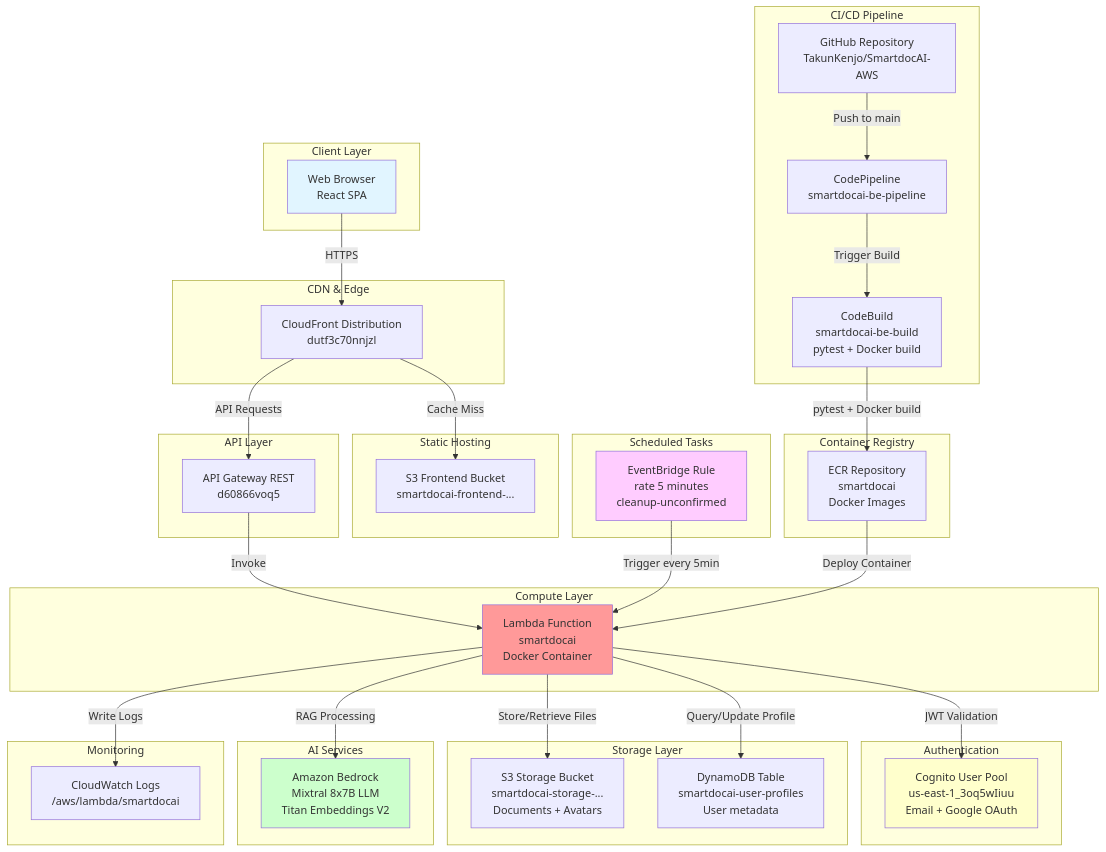
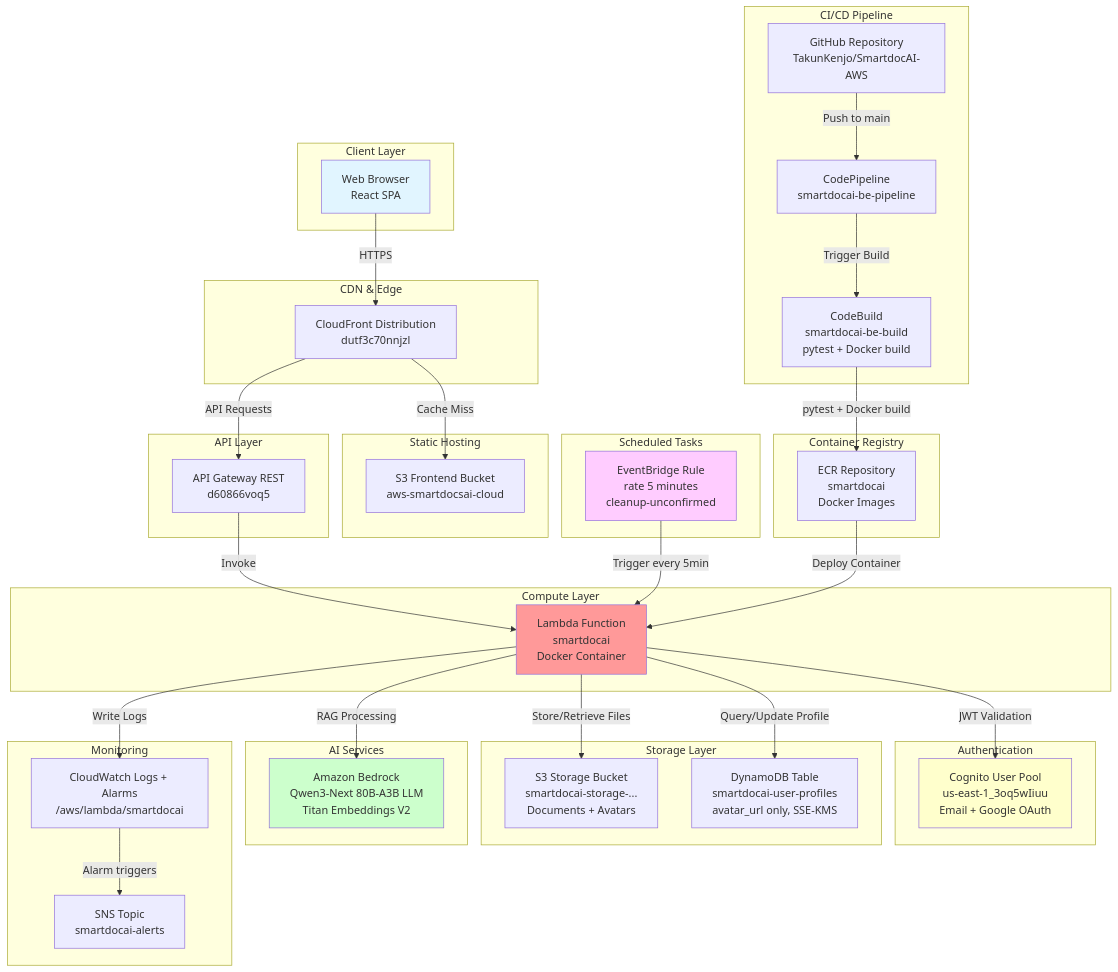
The first of 10 diagrams in MERMAID_DIAGRAMS.md (TakunKenjo/Workshop-AWS-Group-Report), drawn with Mermaid before and after one commit. The commit also changed other lines of this file and 35 other files, not shown here.

```diff
--- a/MERMAID_DIAGRAMS.md
+++ b/MERMAID_DIAGRAMS.md
@@ -28,7 +30,7 @@
     end
 
     subgraph "Static Hosting"
-        C[S3 Frontend Bucket<br/>smartdocai-frontend-...]
+        C[S3 Frontend Bucket<br/>aws-smartdocsai-cloud]
     end
 
     subgraph "API Layer"
@@ -49,11 +51,11 @@
 
     subgraph "Storage Layer"
         H[S3 Storage Bucket<br/>smartdocai-storage-...<br/>Documents + Avatars]
-        I[DynamoDB Table<br/>smartdocai-user-profiles<br/>User metadata]
+        I[DynamoDB Table<br/>smartdocai-user-profiles<br/>avatar_url only, SSE-KMS]
     end
 
     subgraph "AI Services"
-        J[Amazon Bedrock<br/>Mixtral 8x7B LLM<br/>Titan Embeddings V2]
+        J[Amazon Bedrock<br/>Qwen3-Next 80B-A3B LLM<br/>Titan Embeddings V2]
     end
 
     subgraph "Container Registry"
@@ -67,7 +69,8 @@
     end
 
     subgraph "Monitoring"
-        O[CloudWatch Logs<br/>/aws/lambda/smartdocai]
+        O[CloudWatch Logs + Alarms<br/>/aws/lambda/smartdocai]
+        P[SNS Topic<br/>smartdocai-alerts]
     end
 
     %% User flow
@@ -85,6 +88,7 @@
     E -->|Query/Update Profile| I
     E -->|RAG Processing| J
     E -->|Write Logs| O
+    O -->|Alarm triggers| P
     
     %% CI/CD flow
     N -->|Push to main| L
```
